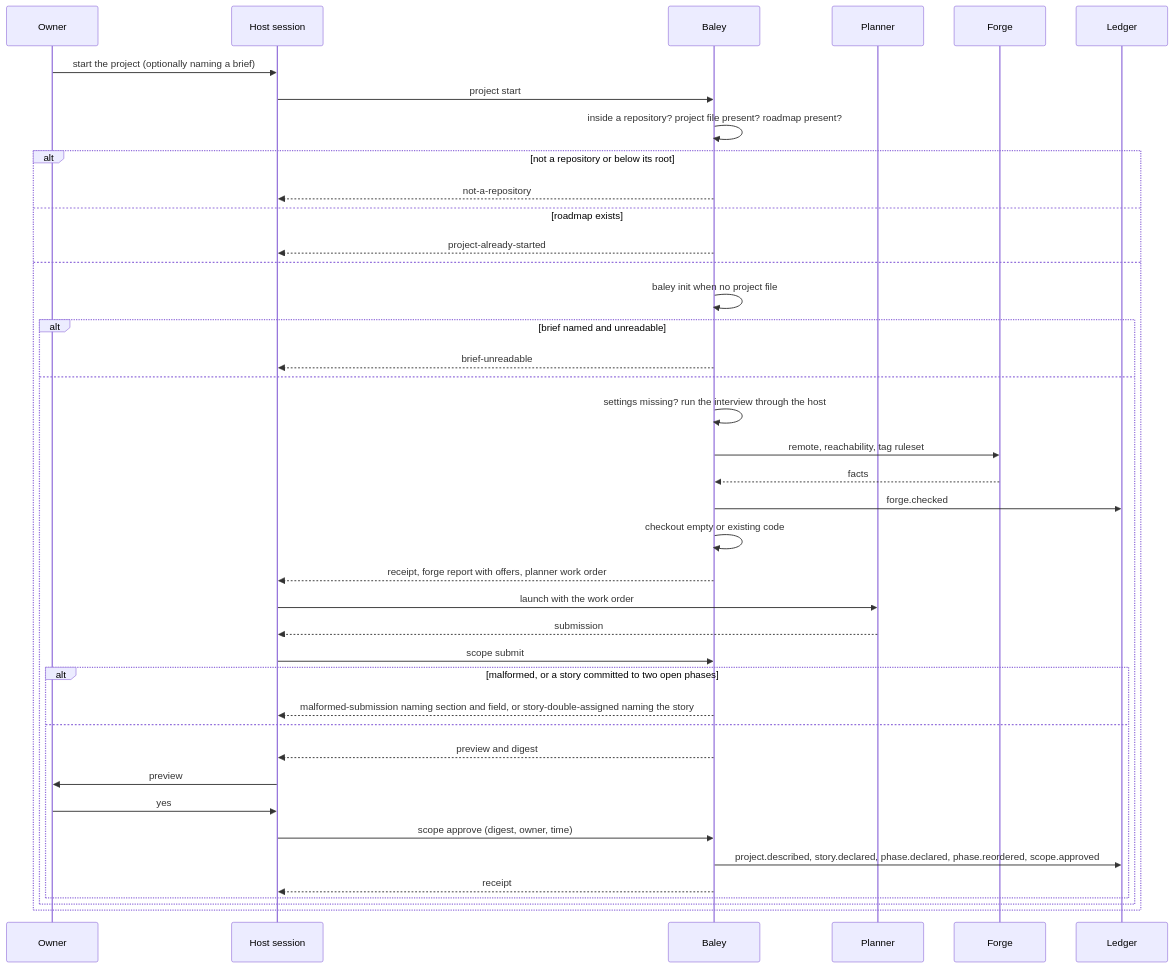
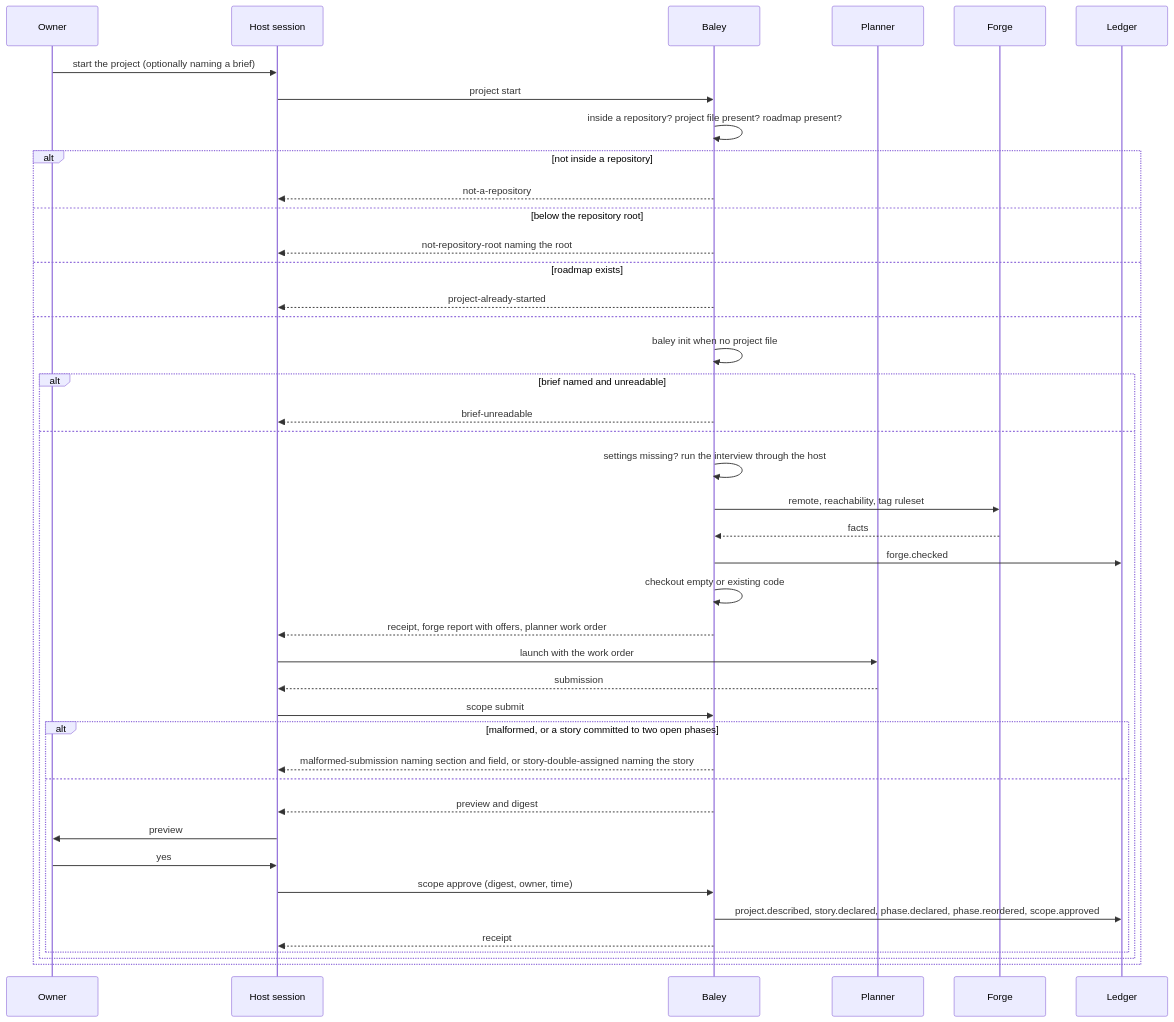
The fourth of 5 diagrams in docs/design/0004-starting-a-project-and-changing-scope.md (crenshawdev/baley), drawn with Mermaid before and after one commit. The commit also changed other lines of this file, not shown here.

Commit message:
docs(design): give project start the refusals it inherits from baley init
project start runs baley init, so a directory below the root now gets
not-repository-root rather than not-a-repository, and a root with no usable
folder name gets project-name-required. Figure 4 splits the branch to match.

````diff
--- a/docs/design/0004-starting-a-project-and-changing-scope.md
+++ b/docs/design/0004-starting-a-project-and-changing-scope.md
@@ -297,42 +299,44 @@
 ```mermaid
 sequenceDiagram
   participant O as Owner
   participant H as Host session
   participant B as Baley
   participant P as Planner
   participant F as Forge
   participant L as Ledger
   O->>H: start the project (optionally naming a brief)
   H->>B: project start
   B->>B: inside a repository? project file present? roadmap present?
-  alt not a repository or below its root
+  alt not inside a repository
     B-->>H: not-a-repository
+  else below the repository root
+    B-->>H: not-repository-root naming the root
   else roadmap exists
     B-->>H: project-already-started
   else
     B->>B: baley init when no project file
     alt brief named and unreadable
       B-->>H: brief-unreadable
     else
       B->>B: settings missing? run the interview through the host
       B->>F: remote, reachability, tag ruleset
       F-->>B: facts
       B->>L: forge.checked
       B->>B: checkout empty or existing code
       B-->>H: receipt, forge report with offers, planner work order
       H->>P: launch with the work order
       P-->>H: submission
       H->>B: scope submit
       alt malformed, or a story committed to two open phases
         B-->>H: malformed-submission naming section and field, or story-double-assigned naming the story
       else
         B-->>H: preview and digest
         H->>O: preview
         O->>H: yes
         H->>B: scope approve (digest, owner, time)
         B->>L: project.described, story.declared, phase.declared, phase.reordered, scope.approved
         B-->>H: receipt
       end
     end
   end
 ```
````
